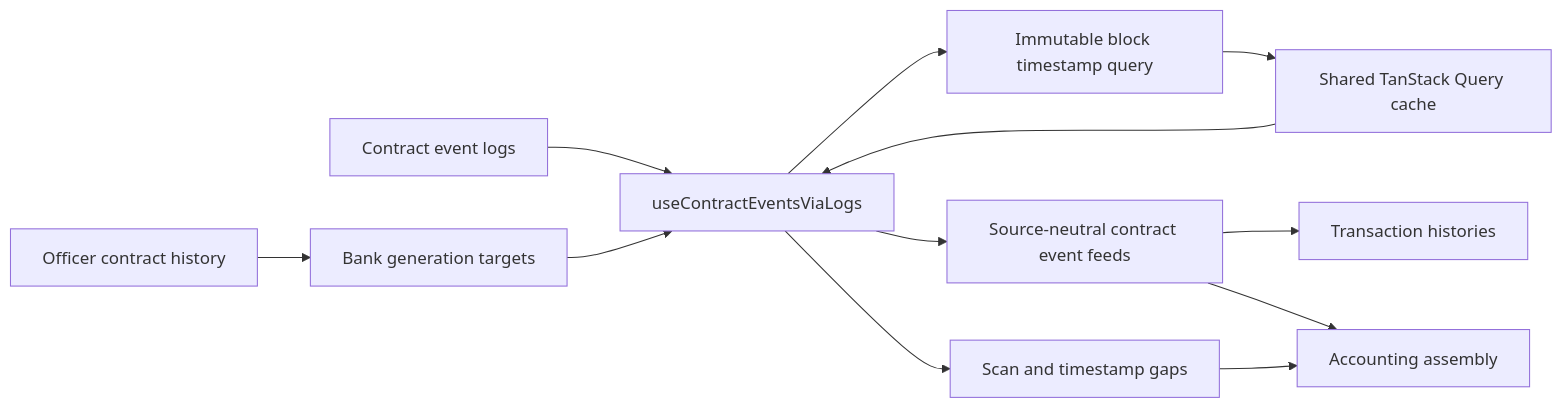
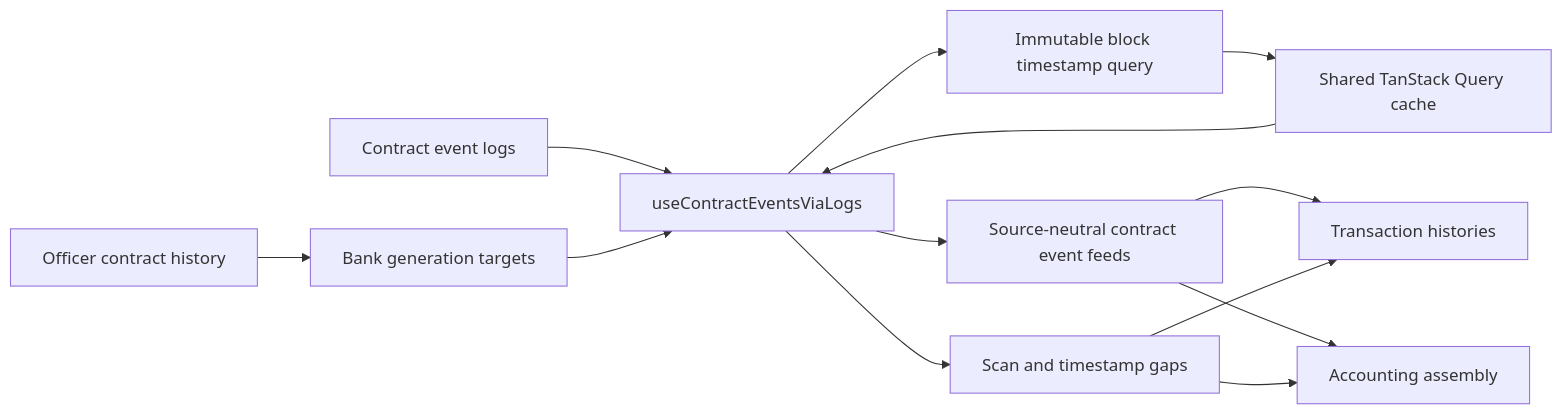
The diagram in docs/implementation/contract-event-feeds/README.md (globe-and-citizen/cnc-portal), drawn with Mermaid before and after one commit. The commit also changed other lines of this file and 5 other files, not shown here.

````diff
--- a/docs/implementation/contract-event-feeds/README.md
+++ b/docs/implementation/contract-event-feeds/README.md
@@ -18,14 +18,15 @@
 ```mermaid
 flowchart LR
   history[Officer contract history] --> bankTargets[Bank generation targets]
   contracts[Contract event logs] --> scan[useContractEventsViaLogs]
   bankTargets --> scan
   scan --> timestampQuery[Immutable block timestamp query]
   timestampQuery --> queryCache[Shared TanStack Query cache]
   queryCache --> scan
   scan --> feeds[Source-neutral contract event feeds]
   scan --> gaps[Scan and timestamp gaps]
   feeds --> histories[Transaction histories]
   feeds --> accounting[Accounting assembly]
   gaps --> accounting
+  gaps --> histories
 ```
````
